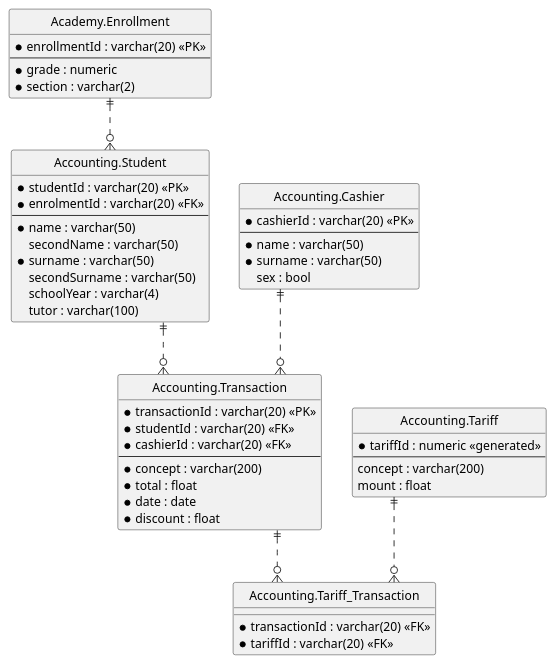
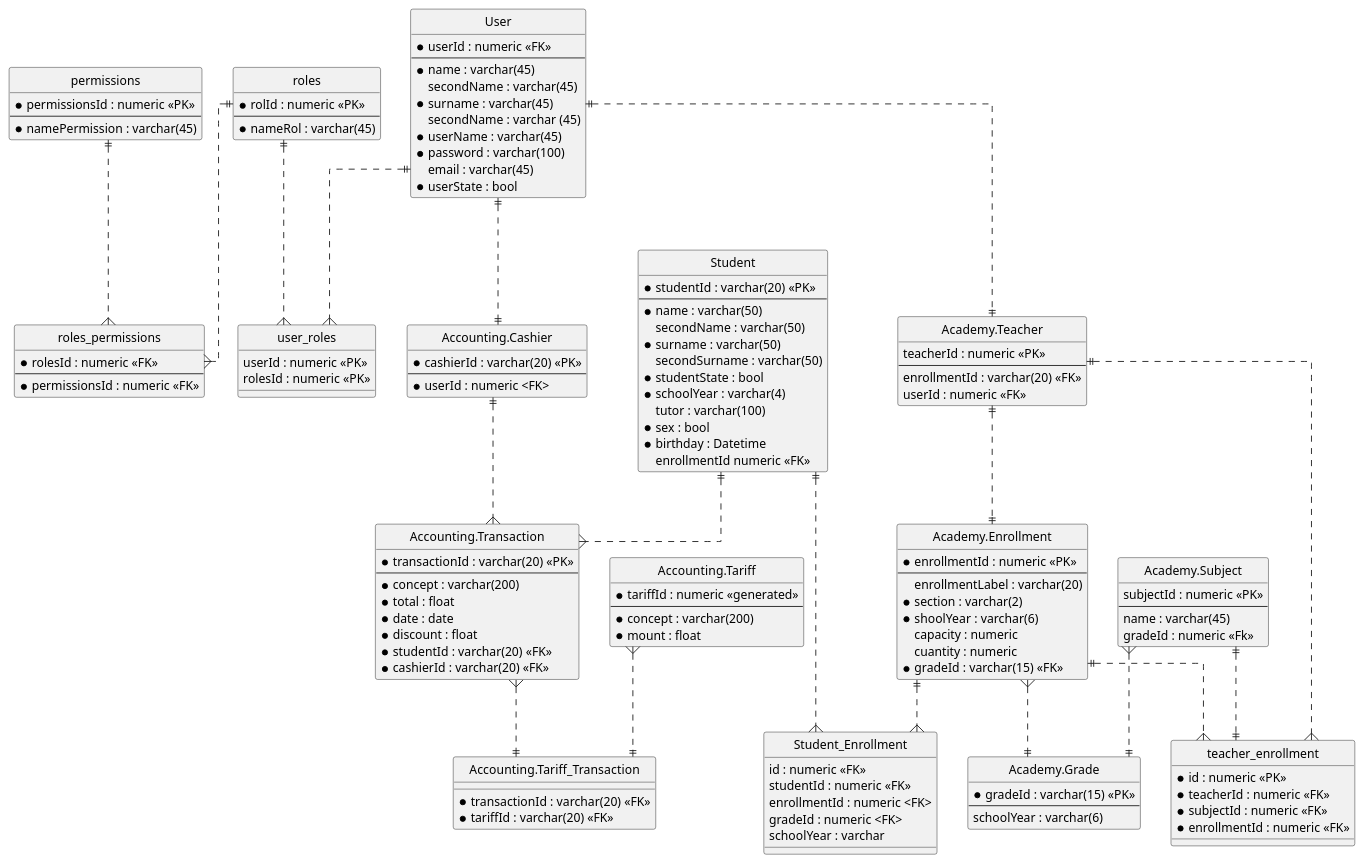
Before and after one commit to wsmcbl/wsmcbl.doc: the diagram in DesignView/database.puml, drawn with PlantUML.

```diff
--- a/DesignView/database.puml
+++ b/DesignView/database.puml
@@ -1,69 +1,177 @@
 @startuml
 
 hide circle
 skinparam linetype ortho
 
-entity "Academy.Enrollment" as enrollment
+entity "User" AS USER
 {
-    * enrollmentId : varchar(20) <<PK>>
+    * userId : numeric <<FK>>
     --
-    * grade : numeric
-    * section : varchar(2)
+    * name : varchar(45)
+    secondName : varchar(45)
+    * surname : varchar(45)
+    secondName : varchar (45)
+    * userName : varchar(45)
+    * password : varchar(100)
+    email : varchar(45)
+    * userState : bool
 }
 
-entity "Accounting.Student" as student
+entity "roles" AS ROLES
+{
+    * rolId : numeric <<PK>>
+    --
+    * nameRol : varchar(45)
+}
+
+entity "permissions" AS PERMISSIONS
+{
+    * permissionsId : numeric <<PK>>
+    --
+    * namePermission : varchar(45)
+}
+
+entity "roles_permissions" AS ROLES_PERMISSIONS
+{
+    * rolesId : numeric <<FK>>
+    --
+    * permissionsId : numeric <<FK>>
+}
+
+entity "user_roles" AS USER_ROLES
+{
+    userId : numeric <<PK>>
+    rolesId : numeric <<PK>>
+}
+
+'////////////////////////////////////////////////
+entity "Academy.Enrollment" as ENROLLMENT
+{
+    * enrollmentId : numeric <<PK>>
+    --
+    enrollmentLabel : varchar(20)
+    * section : varchar(2)
+    * shoolYear : varchar(6)
+    capacity : numeric
+    cuantity : numeric
+    * gradeId : varchar(15) <<FK>>
+}
+
+entity "Academy.Grade" AS GRADE
+{
+    *gradeId : varchar(15) <<PK>>
+    --
+    schoolYear : varchar(6)
+}
+
+entity "Academy.Subject" AS SUBJECT
+{
+    subjectId : numeric <<PK>>
+    --
+    name : varchar(45)
+    gradeId : numeric <<Fk>>
+}
+
+entity "Academy.Teacher" AS TEACHER
+{
+    teacherId : numeric <<PK>>
+    --
+    enrollmentId : varchar(20) <<FK>>
+    userId : numeric <<FK>>
+}
+
+entity "teacher_enrollment" AS TEACHER_ENROLLMENT
+{
+    * id : numeric <<PK>>
+    * teacherId : numeric <<FK>>
+    * subjectId : numeric <<FK>>
+    * enrollmentId : numeric <<FK>>
+}
+
+entity "Student" as STUDENT
 {
     * studentId : varchar(20) <<PK>>
-    * enrolmentId : varchar(20) <<FK>>
     --
     * name : varchar(50)
     secondName : varchar(50)
     * surname : varchar(50)
     secondSurname : varchar(50)
-    schoolYear : varchar(4)
+    * studentState : bool
+    * schoolYear : varchar(4)
     tutor : varchar(100)
+    * sex : bool
+    * birthday : Datetime
+    enrollmentId numeric <<FK>>
 }
 
-entity "Accounting.Transaction" as transaction
+entity "Student_Enrollment" AS STUDENT_ENROLLMENT
+{
+    id : numeric <<FK>>
+    studentId : numeric <<FK>>
+    enrollmentId : numeric <FK>
+    gradeId : numeric <FK>
+    schoolYear : varchar
+}
+
+entity "Accounting.Cashier" as CASHIER 
+{
+    * cashierId : varchar(20) <<PK>>
+    --
+    * userId : numeric <FK>
+}
+
+entity "Accounting.Tariff" as TARIFF
+{
+    * tariffId : numeric <<generated>>
+    --
+    * concept : varchar(200)
+    * mount : float
+}
+
+entity "Accounting.Tariff_Transaction" as TARIFF_TRANSACTION
+{
+    * transactionId : varchar(20) <<FK>>
+    * tariffId : varchar(20) <<FK>>
+}
+
+
+entity "Accounting.Transaction" as TRANSACTION
 {
     * transactionId : varchar(20) <<PK>> 
-    * studentId : varchar(20) <<FK>>
-    * cashierId : varchar(20) <<FK>>
     --
     * concept : varchar(200)
     * total : float
     * date : date
     * discount : float
+    * studentId : varchar(20) <<FK>>
+    * cashierId : varchar(20) <<FK>>
 }
 
-entity "Accounting.Cashier" as cashier 
-{
-    * cashierId : varchar(20) <<PK>>
-    --
-    * name : varchar(50)
-    * surname : varchar(50)
-    sex : bool
-}
 
-entity "Accounting.Tariff" as tariff
-{
-    * tariffId : numeric <<generated>>
-    --
-    concept : varchar(200)
-    mount : float
-}
 
-entity "Accounting.Tariff_Transaction" as tariffTransaction
-{
-    * transactionId : varchar(20) <<FK>>
-    * tariffId : varchar(20) <<FK>>
-}
 
-enrollment ||..o{student
-student ||..o{transaction
-cashier ||..o{transaction
+ENROLLMENT }..|| GRADE
+SUBJECT }..|| GRADE
+TEACHER ||..|| ENROLLMENT
+SUBJECT ||..|| TEACHER_ENROLLMENT
+ENROLLMENT ||..{TEACHER_ENROLLMENT
+TEACHER ||..{TEACHER_ENROLLMENT
 
-transaction ||..o{ tariffTransaction
-tariff ||..o{ tariffTransaction
+STUDENT ||..{ TRANSACTION
+
+USER ||..{ USER_ROLES
+ROLES ||..{USER_ROLES
+ROLES ||..{ ROLES_PERMISSIONS
+PERMISSIONS ||..{ ROLES_PERMISSIONS
+
+CASHIER ||..{ TRANSACTION
+TARIFF }..|| TARIFF_TRANSACTION
+TRANSACTION }..|| TARIFF_TRANSACTION
+
+STUDENT ||..{ STUDENT_ENROLLMENT
+ENROLLMENT ||..{ STUDENT_ENROLLMENT
+
+USER ||..||CASHIER
+USER ||..|| TEACHER
 
 @enduml
```
